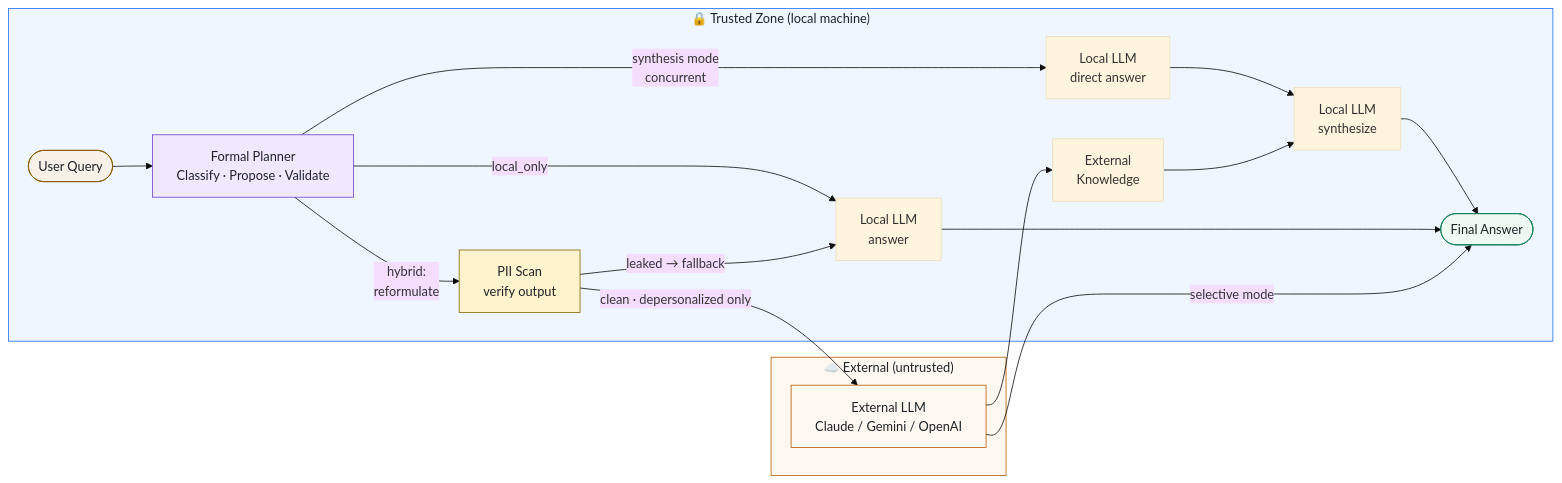
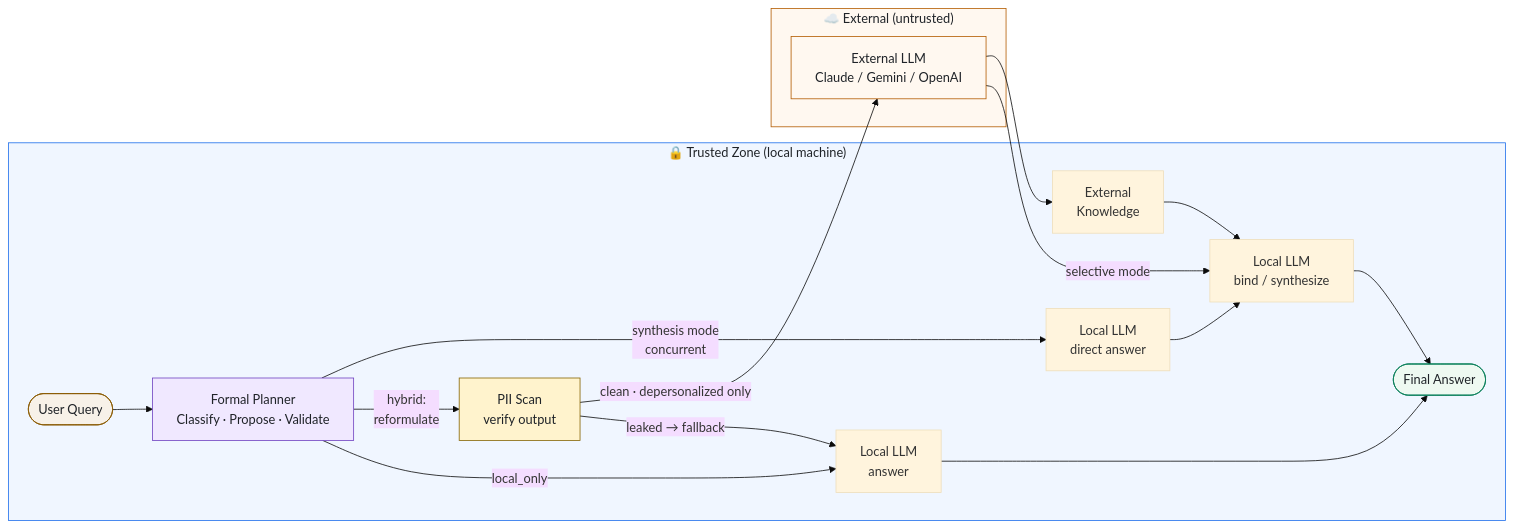
The diagram in README.md (sulgik/zipsa), drawn with Mermaid (base theme) before and after one commit. The commit also changed other lines of this file and 1 other file, not shown here.

First line of the commit message:
feat: add local binding step to selective hybrid mode

````diff
--- a/README.md
+++ b/README.md
@@ -38,30 +38,30 @@
 ```mermaid
 graph LR
     subgraph TZ["🔒 Trusted Zone  (local machine)"]
         U([User Query]) --> FP[Formal Planner<br/>Classify · Propose · Validate]
         FP -->|local_only| L1[Local LLM<br/>answer]
         FP -->|"hybrid:<br/>reformulate"| PV[PII Scan<br/>verify output]
         PV -->|"leaked → fallback"| L1
         FP -->|"synthesis mode<br/>concurrent"| L2[Local LLM<br/>direct answer]
-        L2 --> Synth[Local LLM<br/>synthesize]
+        L2 --> Synth[Local LLM<br/>bind / synthesize]
         EK[External<br/>Knowledge] --> Synth
         Synth --> FA([Final Answer])
         L1 --> FA
     end
 
     subgraph Cloud["☁️ External  (untrusted)"]
         EXT[External LLM<br/>Claude / Gemini / OpenAI]
     end
 
     PV -->|"clean · depersonalized only"| EXT
-    EXT -->|"selective mode"| FA
+    EXT -->|"selective mode"| Synth
     EXT --> EK
 
     style TZ fill:#f0f6ff,stroke:#1f6feb,color:#1f2328
     style Cloud fill:#fff8f0,stroke:#b35c00,color:#1f2328
     style U fill:#f7f1e8,stroke:#8a5a00,color:#1f2328
     style FA fill:#eef9f1,stroke:#0a7f5a,color:#1f2328
     style FP fill:#f0e8ff,stroke:#6f42c1,color:#1f2328
     style PV fill:#fff3cd,stroke:#856404,color:#1f2328
     style EXT fill:#fff8f0,stroke:#b35c00,color:#1f2328
 ```
````
